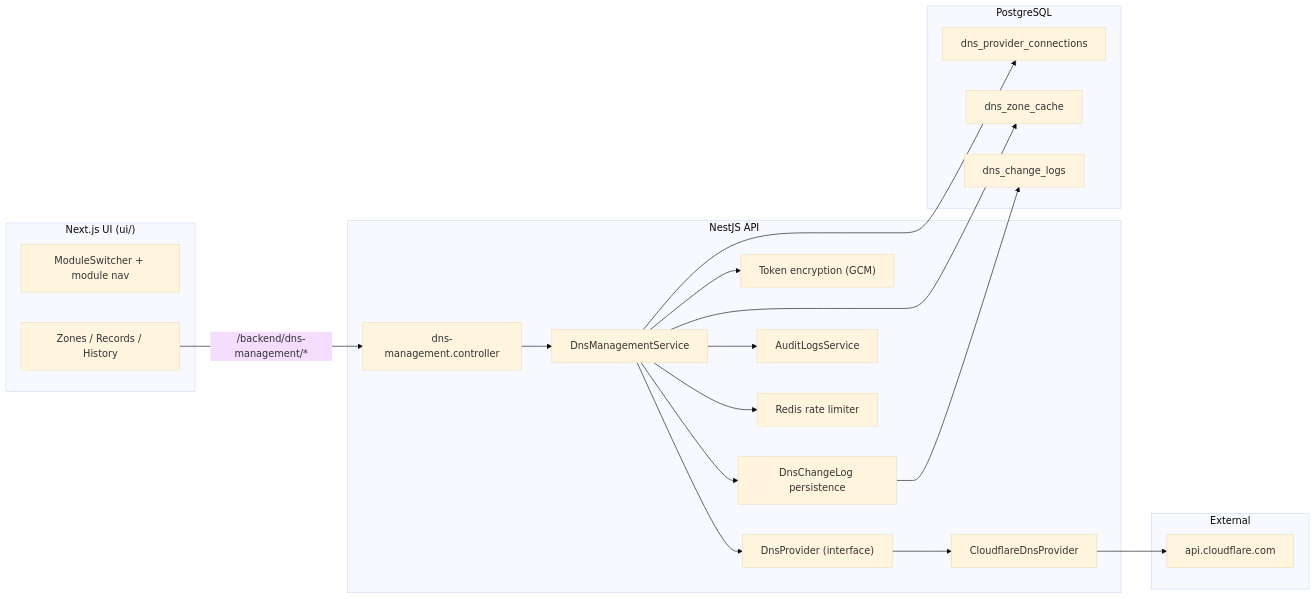
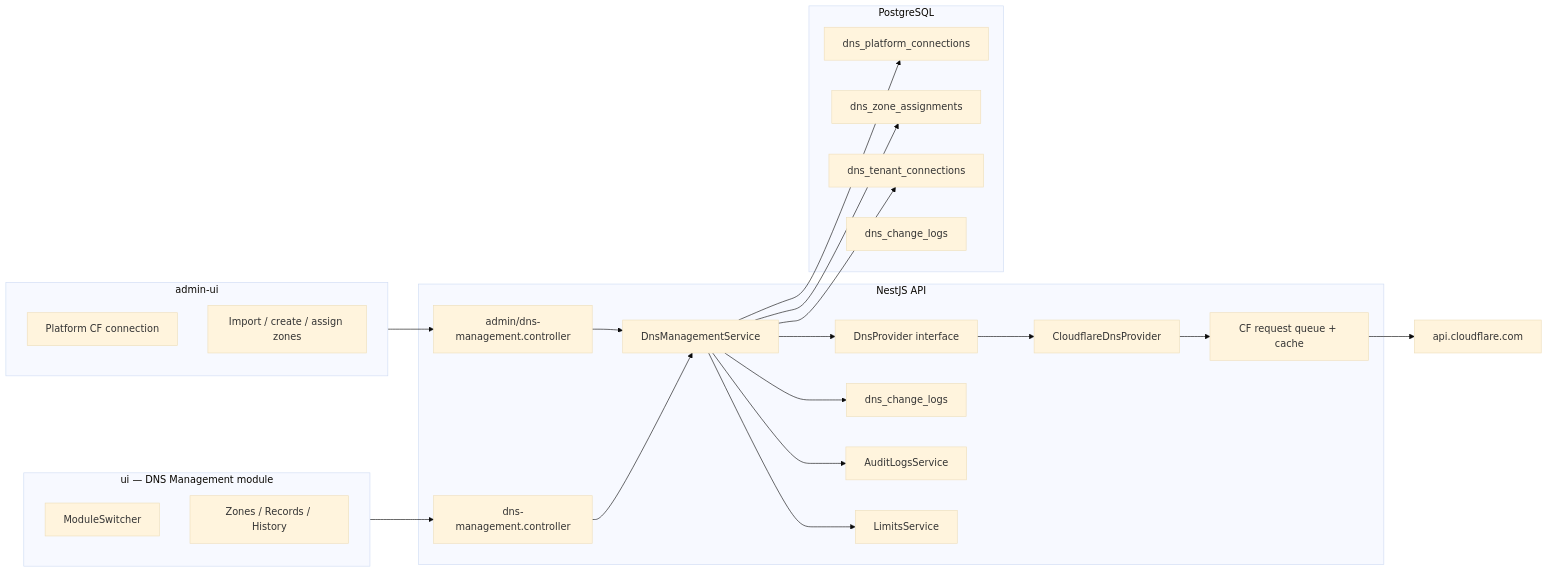
One commit to jeremymcs/nebula-dns changed the diagram in docs/modules/dns-management/DESIGN.md. Above: the diagram before and after it, drawn with Mermaid (base theme). The commit also changed other lines of this file and 2 other files, not shown here.

First line of the commit message:
docs(dns-management): primary MSP-hosted zones on Flux Cloudflare account

````diff
--- a/docs/modules/dns-management/DESIGN.md
+++ b/docs/modules/dns-management/DESIGN.md
@@ -77,38 +101,41 @@
 ```mermaid
 flowchart LR
-  subgraph UI["Next.js UI (ui/)"]
-    ModNav["ModuleSwitcher + module nav"]
+  subgraph AdminUI["admin-ui"]
+    PlatConn["Platform CF connection"]
+    ZoneOps["Import / create / assign zones"]
+  end
+  subgraph TenantUI["ui — DNS Management module"]
+    ModNav["ModuleSwitcher"]
     Pages["Zones / Records / History"]
   end
   subgraph API["NestJS API"]
-    Ctrl["dns-management.controller"]
+    AdminCtrl["admin/dns-management.controller"]
+    TenantCtrl["dns-management.controller"]
     Svc["DnsManagementService"]
-    Prov["DnsProvider (interface)"]
+    Prov["DnsProvider interface"]
     CF["CloudflareDnsProvider"]
-    Enc["Token encryption (GCM)"]
-    ChLog["DnsChangeLog persistence"]
+    Queue["CF request queue + cache"]
+    ChLog["dns_change_logs"]
     Audit["AuditLogsService"]
-    RL["Redis rate limiter"]
-  end
-  subgraph Ext["External"]
-    CFAPI["api.cloudflare.com"]
+    Limits["LimitsService"]
   end
   subgraph Data["PostgreSQL"]
-    Conn["dns_provider_connections"]
-    ZCache["dns_zone_cache"]
+    PlatConnT["dns_platform_connections"]
+    Assign["dns_zone_assignments"]
+    ByoConn["dns_tenant_connections"]
     Changes["dns_change_logs"]
   end
+  CFAPI["api.cloudflare.com"]
 
-  Pages -->|"/backend/dns-management/*"| Ctrl
-  Ctrl --> Svc
-  Svc --> Prov
-  Prov --> CF
-  CF --> CFAPI
-  Svc --> Enc
+  AdminUI --> AdminCtrl
+  TenantUI --> TenantCtrl
+  AdminCtrl --> Svc
+  TenantCtrl --> Svc
+  Svc --> Prov --> CF --> Queue --> CFAPI
+  Svc --> Assign
+  Svc --> PlatConnT
+  Svc --> ByoConn
   Svc --> ChLog
   Svc --> Audit
-  Svc --> RL
-  ChLog --> Changes
-  Svc --> Conn
-  Svc --> ZCache
+  Svc --> Limits
 ```
````
